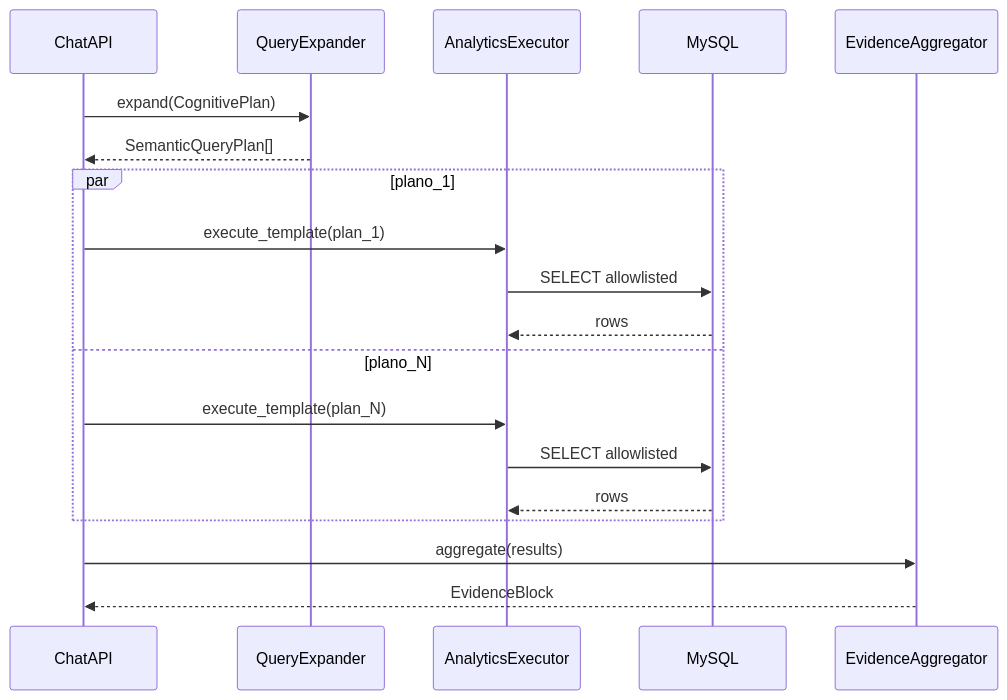
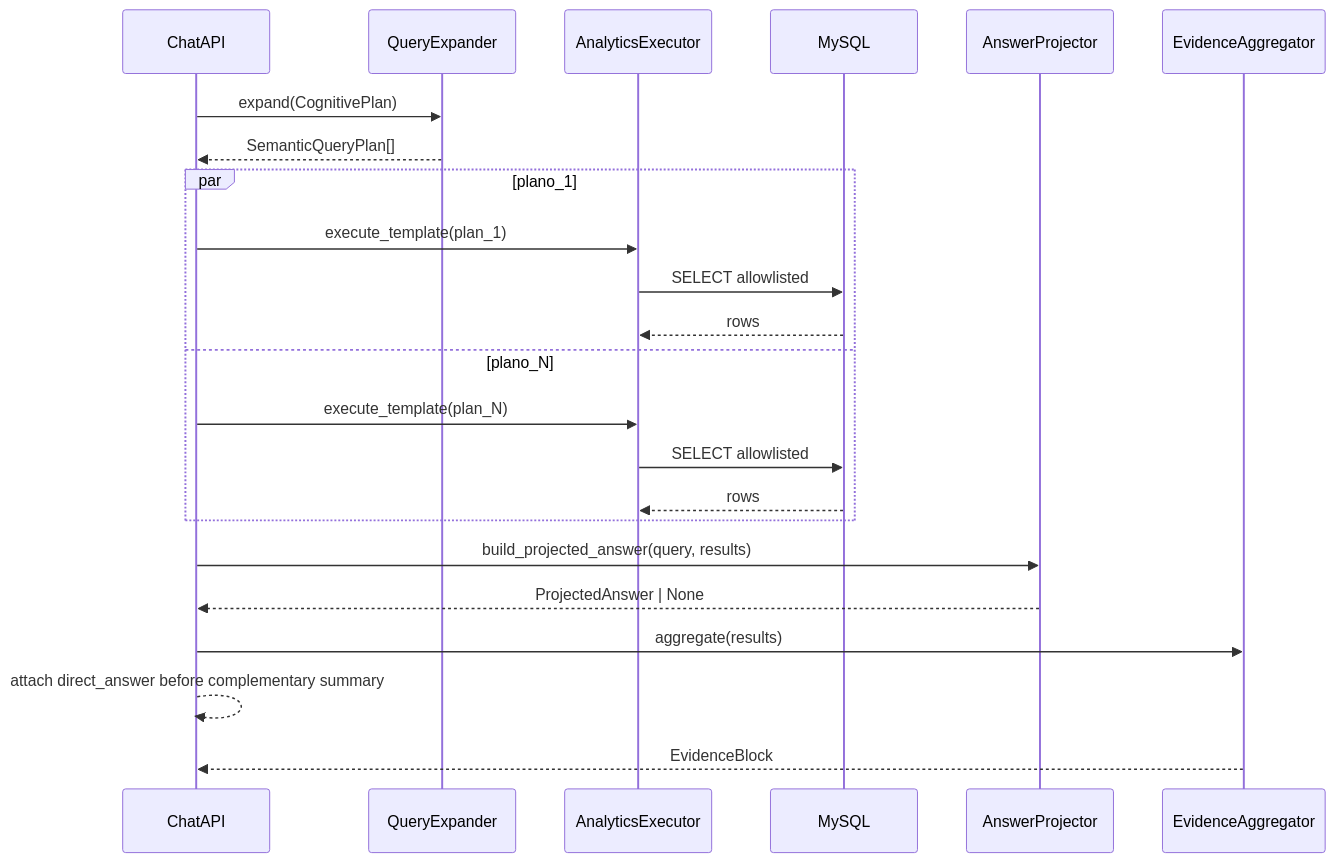
The fourth of 15 diagrams in orion_mcp_v3/docs/architecture/ANALISE_ARQUITETURAL_SENIOR.md (cristianosantana/jupter_notebook), drawn with Mermaid before and after one commit. The commit also changed other lines of this file and 11 other files, not shown here.

````diff
--- a/orion_mcp_v3/docs/architecture/ANALISE_ARQUITETURAL_SENIOR.md
+++ b/orion_mcp_v3/docs/architecture/ANALISE_ARQUITETURAL_SENIOR.md
@@ -285,22 +310,26 @@
 ```mermaid
 sequenceDiagram
     participant API as ChatAPI
     participant EXP as QueryExpander
     participant EXE as AnalyticsExecutor
     participant SQL as MySQL
+    participant AP as AnswerProjector
     participant EVD as EvidenceAggregator
 
     API->>EXP: expand(CognitivePlan)
     EXP-->>API: SemanticQueryPlan[]
     par plano_1
         API->>EXE: execute_template(plan_1)
         EXE->>SQL: SELECT allowlisted
         SQL-->>EXE: rows
     and plano_N
         API->>EXE: execute_template(plan_N)
         EXE->>SQL: SELECT allowlisted
         SQL-->>EXE: rows
     end
+    API->>AP: build_projected_answer(query, results)
+    AP-->>API: ProjectedAnswer | None
     API->>EVD: aggregate(results)
+    API-->>API: attach direct_answer before complementary summary
     EVD-->>API: EvidenceBlock
 ```
````
